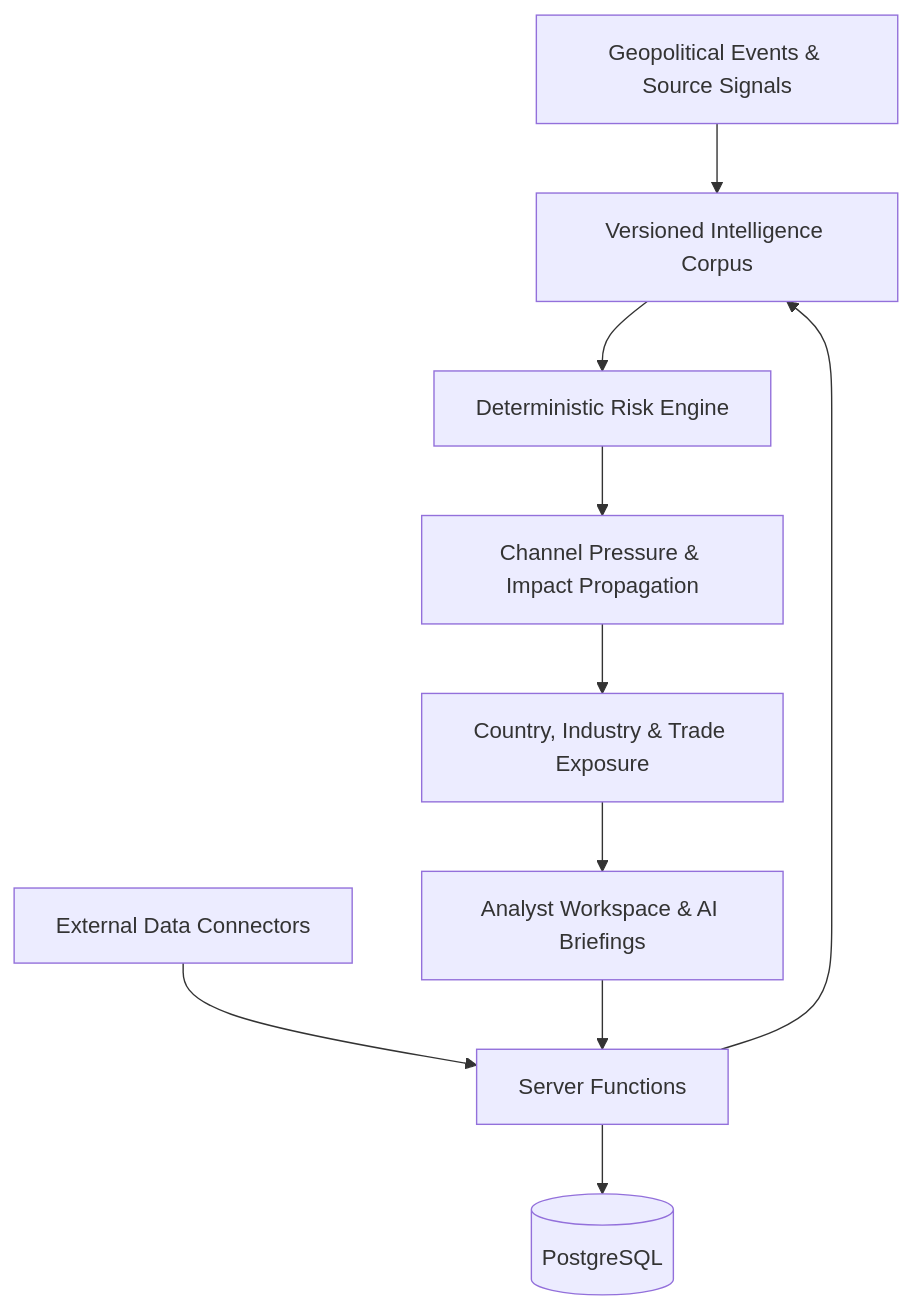
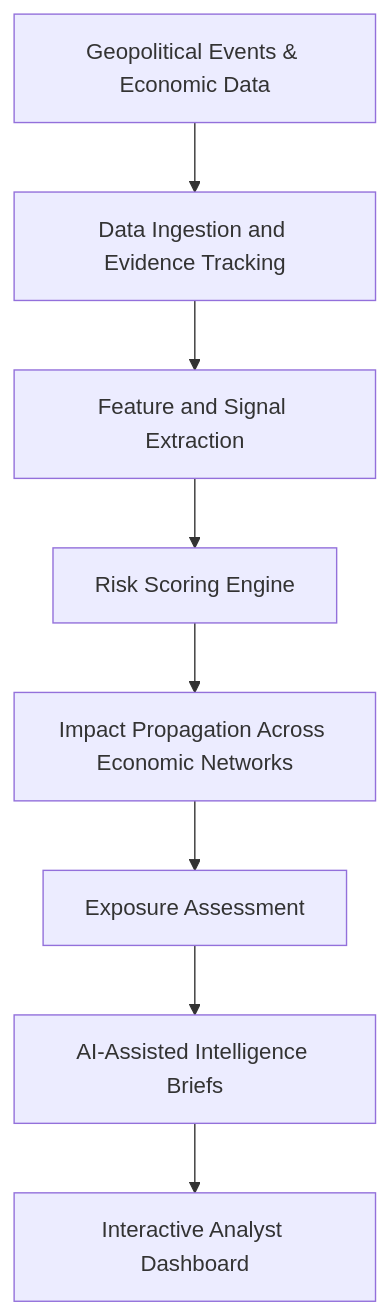
One commit to roshnishaik78600-cmd/GLOBAL-MATRIX changed the diagram in README.md. Above: the diagram before and after it, drawn with Mermaid. The commit also changed other lines of this file, not shown here.

````diff
--- a/README.md
+++ b/README.md
@@ -56,12 +21,10 @@
-```mermaid
+```mermaid id="63720"
 flowchart TD
-    A[Geopolitical Events & Source Signals] --> B[Versioned Intelligence Corpus]
-    B --> C[Deterministic Risk Engine]
-    C --> D[Channel Pressure & Impact Propagation]
-    D --> E[Country, Industry & Trade Exposure]
-    E --> F[Analyst Workspace & AI Briefings]
-    G[External Data Connectors] --> H[Server Functions]
-    H --> B
-    F --> H
-    H --> I[(PostgreSQL)]
+    A[Geopolitical Events & Economic Data] --> B[Data Ingestion and Evidence Tracking]
+    B --> C[Feature and Signal Extraction]
+    C --> D[Risk Scoring Engine]
+    D --> E[Impact Propagation Across Economic Networks]
+    E --> F[Exposure Assessment]
+    F --> G[AI-Assisted Intelligence Briefs]
+    G --> H[Interactive Analyst Dashboard]
 ```
````
